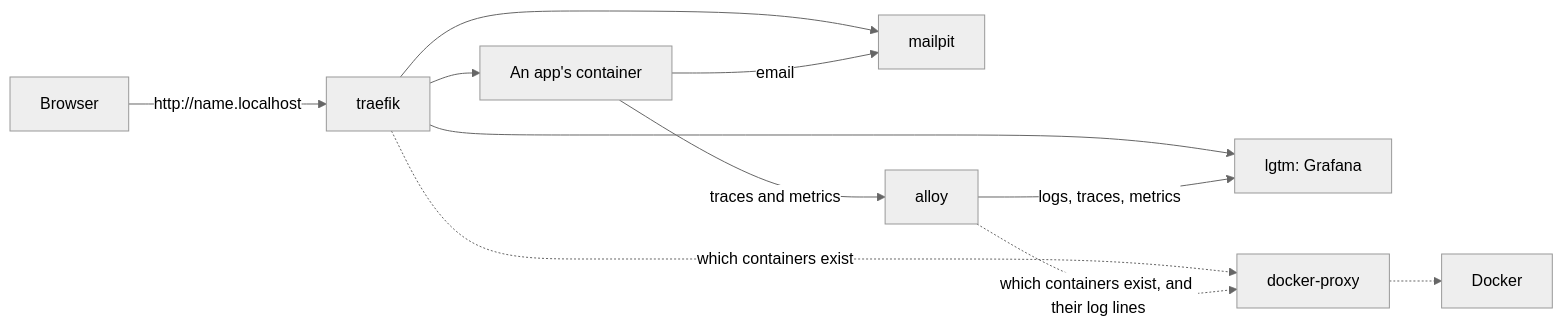
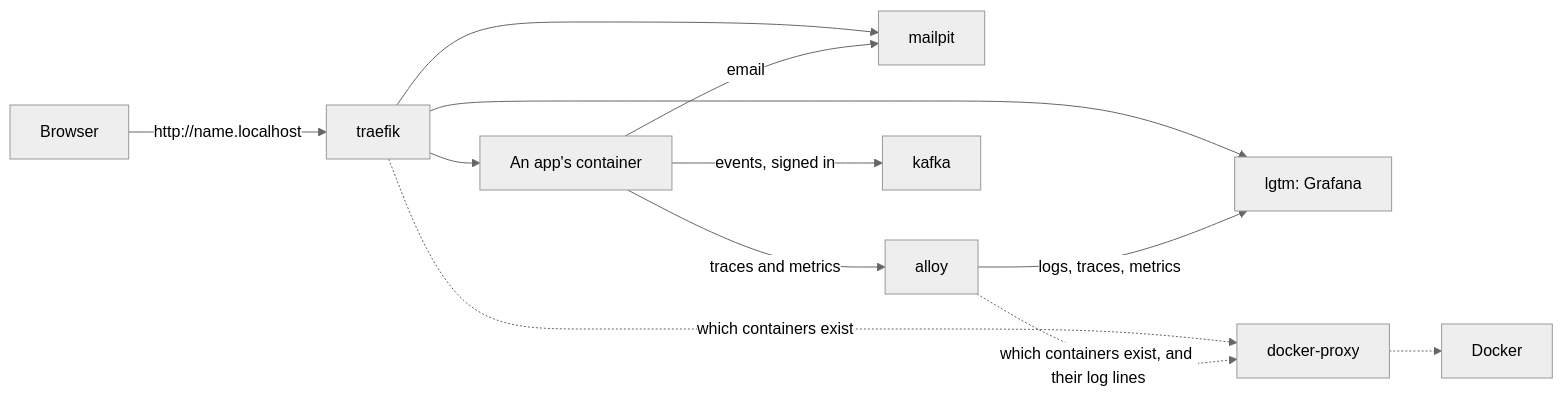
The diagram in stack/README.md (zigordev/platform), drawn with Mermaid (neutral theme) before and after one commit. The commit also changed other lines of this file and 15 other files, not shown here.

````diff
--- a/stack/README.md
+++ b/stack/README.md
@@ -25,13 +27,14 @@
 ```mermaid
 flowchart LR
   browser["Browser"] -->|"http://name.localhost"| traefik
   traefik --> app["An app's container"]
   traefik --> lgtm["lgtm: Grafana"]
   traefik --> mailpit
   app -->|traces and metrics| alloy
   app -->|email| mailpit
+  app -->|events, signed in| kafka
   alloy -->|logs, traces, metrics| lgtm
   traefik -.->|which containers exist| proxy["docker-proxy"]
   alloy -.->|which containers exist, and their log lines| proxy
   proxy -.-> docker["Docker"]
 ```
````
